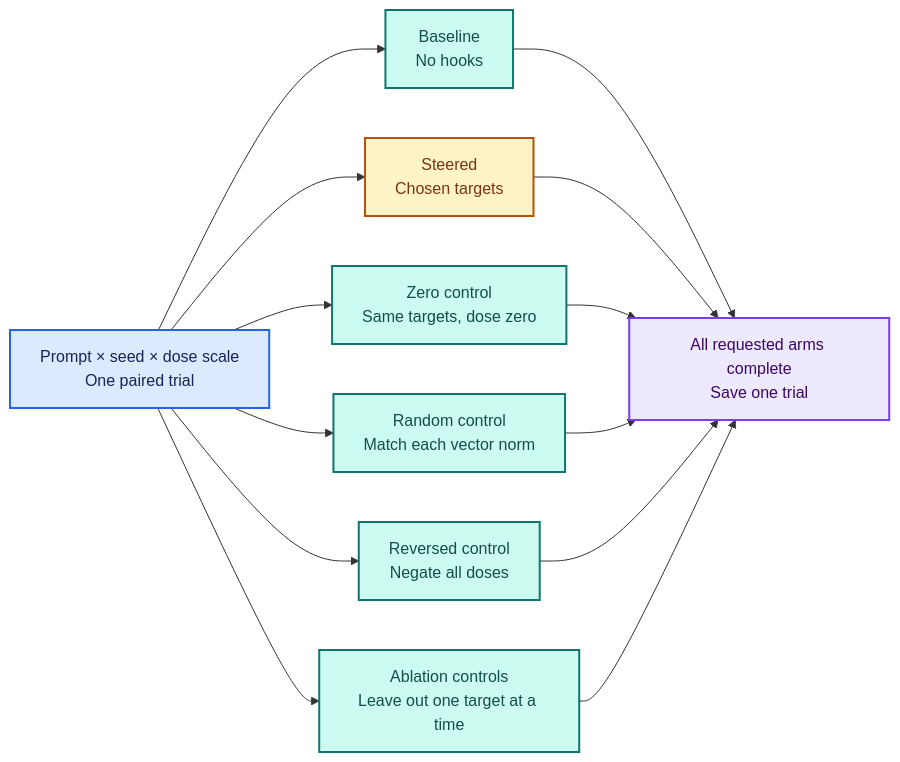
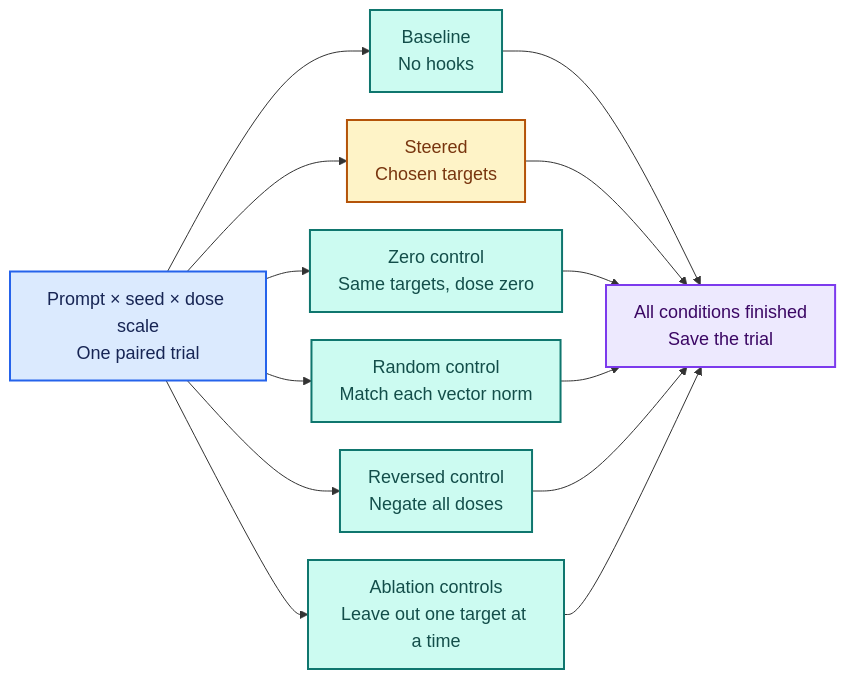
The ninth of 16 diagrams in VISUAL_GUIDE.md (djayuffe/neuron-steer), drawn with Mermaid before and after one commit. The commit also changed other lines of this file and 6 other files, not shown here.

Commit message:
Improve reading paths, diagram typography and ELI5 concept explanations

````diff
--- a/VISUAL_GUIDE.md
+++ b/VISUAL_GUIDE.md
@@ -333,23 +528,35 @@
 ```mermaid
+---
+config:
+  fontFamily: Arial, Helvetica, sans-serif
+  fontSize: 18
+  themeVariables:
+    fontFamily: Arial, Helvetica, sans-serif
+    fontSize: 18px
+  flowchart:
+    nodeSpacing: 28
+    rankSpacing: 42
+    padding: 14
+---
 flowchart LR
   accTitle: An evaluation trial expands into explicit arms
   accDescr: Prompt, seed and dose scale define one trial. It contains the two main arms and any requested controls; all arms complete before the trial is checkpointed.
-P["Prompt × seed × dose scale<br/>One paired trial"]:::input --> B["Baseline<br/>No hooks"]:::local
+  P["Prompt × seed × dose scale<br/>One paired trial"]:::input --> B["Baseline<br/>No hooks"]:::local
   P --> S["Steered<br/>Chosen targets"]:::choice
   P --> Z["Zero control<br/>Same targets, dose zero"]:::local
   P --> R["Random control<br/>Match each vector norm"]:::local
   P --> V["Reversed control<br/>Negate all doses"]:::local
   P --> A["Ablation controls<br/>Leave out one target at a time"]:::local
-  B --> J["All requested arms complete<br/>Save one trial"]:::evidence
+  B --> J["All conditions finished<br/>Save the trial"]:::evidence
   S --> J
   Z --> J
   R --> J
   V --> J
   A --> J
   classDef input fill:#DBEAFE,stroke:#2563EB,color:#172554,stroke-width:2px;
   classDef local fill:#CCFBF1,stroke:#0F766E,color:#134E4A,stroke-width:2px;
   classDef choice fill:#FEF3C7,stroke:#B45309,color:#78350F,stroke-width:2px;
   classDef evidence fill:#EDE9FE,stroke:#7C3AED,color:#3B0764,stroke-width:2px;
   classDef remote fill:#FCE7F3,stroke:#BE185D,color:#831843,stroke-width:2px;
   classDef limit fill:#FEE2E2,stroke:#DC2626,color:#7F1D1D,stroke-width:2px;
 ```
````
